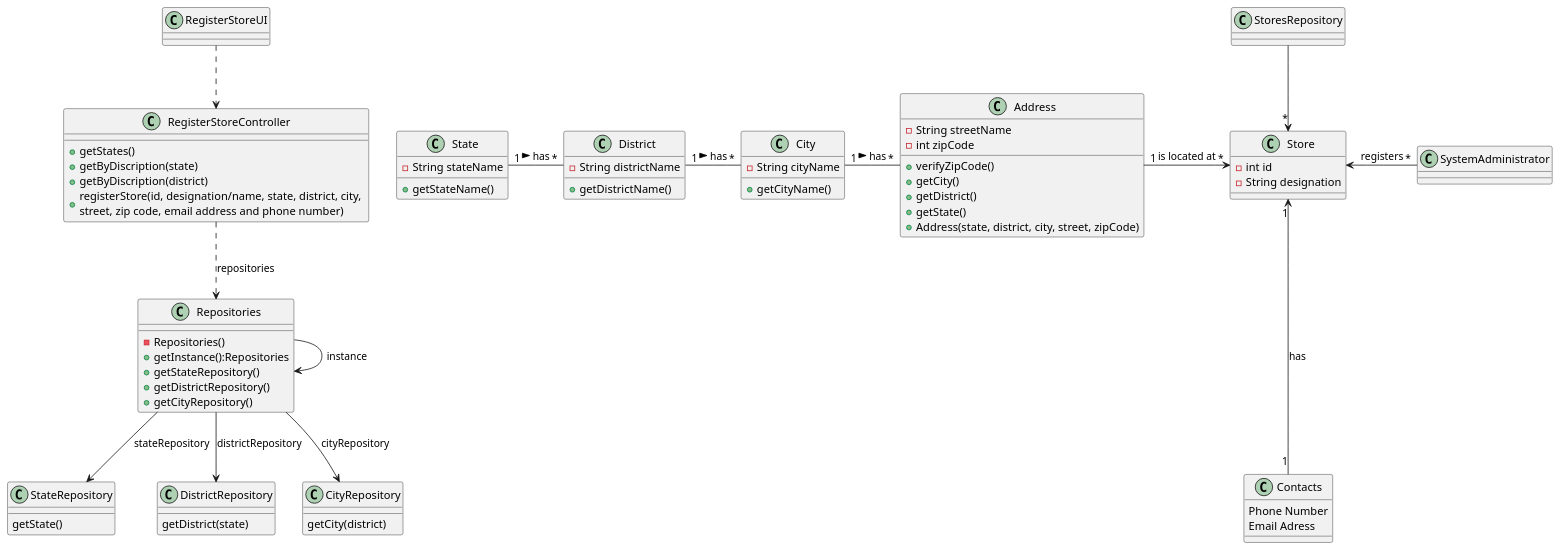
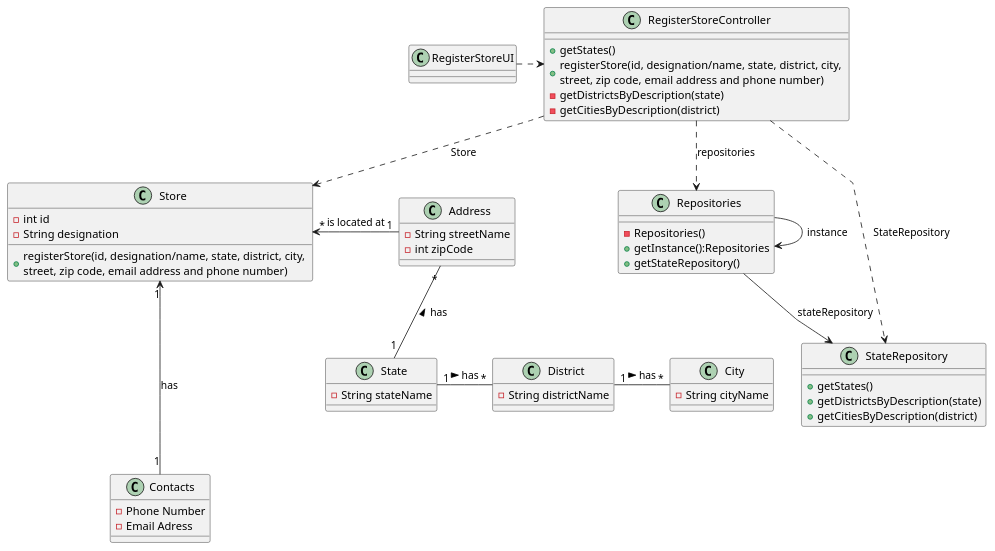
One commit to PureNimble/ISEP-LAPR2 changed the diagram in docs/sprintB/US05/03.design/puml/us05-class-diagram.puml. Above: the diagram before and after it, drawn with PlantUML. The commit also changed 9 other files, not shown here.

```diff
--- a/docs/sprintB/US05/03.design/puml/us05-class-diagram.puml
+++ b/docs/sprintB/US05/03.design/puml/us05-class-diagram.puml
@@ -1,92 +1,76 @@
 @startuml
-'https://plantuml.com/class-diagram
+
+'skinparam monochrome true
+skinparam packageStyle rectangle
+skinparam shadowing false
+skinparam linetype polyline
+'skinparam linetype orto
+'skinparam classAttributeIconSize 0
+'left to right direction
 
 class State {
- - String stateName
-
-    +getStateName()
+    - String stateName
 }
 
 class District {
-- String districtName
+    - String districtName
 
-    +getDistrictName()
 }
 
 class City {
-- String cityName
+    - String cityName
 
-    +getCityName()
 }
 
 class Address {
     -String streetName
     -int zipCode
-
-    +verifyZipCode()
-    +getCity()
-    +getDistrict()
-    +getState()
-    +Address(state, district, city, street, zipCode)
 }
 
 class Contacts {
-    Phone Number
-    Email Adress
-}
-
-class SystemAdministrator {
+    -Phone Number
+    -Email Adress
 }
 
 class Repositories {
     -Repositories()
     +getInstance():Repositories
     +getStateRepository()
-    +getDistrictRepository()
-    +getCityRepository()
 }
 
 class Store {
     -int id
     -String designation
+    +registerStore(id, designation/name, state, district, city, \nstreet, zip code, email address and phone number)
 }
 
 class RegisterStoreController {
     +getStates()
-    +getByDiscription(state)
-    +getByDiscription(district)
     +registerStore(id, designation/name, state, district, city, \nstreet, zip code, email address and phone number)
+    -getDistrictsByDescription(state)
+    -getCitiesByDescription(district)
 }
 
 class StateRepository {
-    getState()
-}
-
-class DistrictRepository {
-    getDistrict(state)
-}
-
-class CityRepository {
-    getCity(district)
+    +getStates()
+    +getDistrictsByDescription(state)
+    +getCitiesByDescription(district)
 }
 
 class RegisterStoreUI {
 
 }
 
 Repositories -> Repositories:instance
 Repositories --> StateRepository: stateRepository
-Repositories --> DistrictRepository: districtRepository
-Repositories --> CityRepository: cityRepository
 RegisterStoreController ..> Repositories : repositories
-RegisterStoreUI ..> RegisterStoreController
-StoresRepository --> "*" Store
-Store <- "*" SystemAdministrator : registers
-Address "1" -> "*"  Store : is located at
-City "1" -right- "*" Address:has >
+RegisterStoreController ..> StateRepository : StateRepository
+RegisterStoreController ..> Store : Store
+RegisterStoreUI .right.> RegisterStoreController
+Address "1" -left-> "*"  Store : is located at
+State "1" -up- "*" Address: has >
 District "1" -right- "*" City : has >
 State "1" -right- "*" District : has >
 Contacts "1" -up--> "1" Store: has
-StateRepository -left[hidden].> StateRepository
 
 @enduml
```
